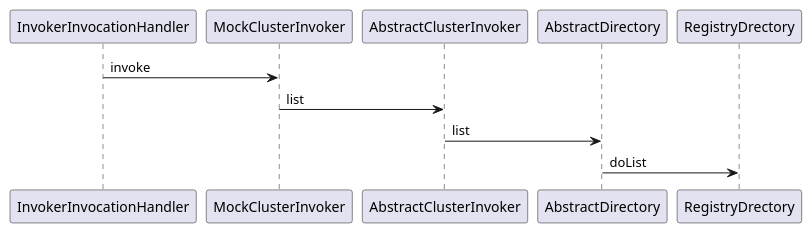
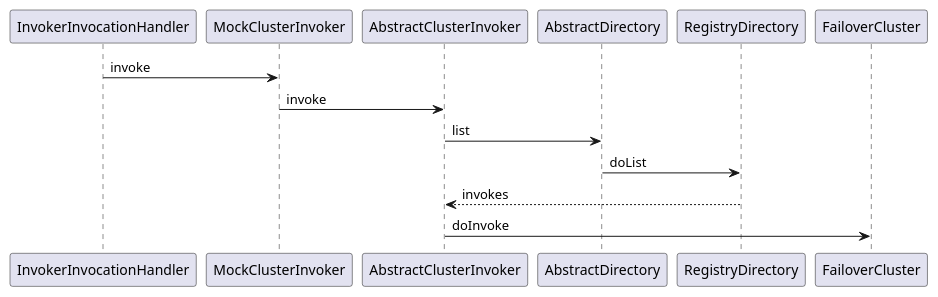
One commit to chuckie-xch/java-core changed the diagram in java-framework-dubbo/Dubbo-tolerant.puml. Above: the diagram before and after it, drawn with PlantUML. The commit also changed 12 other files, not shown here.

```diff
--- a/java-framework-dubbo/Dubbo-tolerant.puml
+++ b/java-framework-dubbo/Dubbo-tolerant.puml
@@ -1,7 +1,9 @@
 @startuml
 InvokerInvocationHandler -> MockClusterInvoker: invoke
-MockClusterInvoker -> AbstractClusterInvoker: list
+MockClusterInvoker -> AbstractClusterInvoker: invoke
 AbstractClusterInvoker -> AbstractDirectory: list
-AbstractDirectory -> RegistryDrectory: doList
+AbstractDirectory -> RegistryDirectory: doList
+AbstractClusterInvoker <-- RegistryDirectory: invokes
+AbstractClusterInvoker -> FailoverCluster: doInvoke
 
 @enduml
```
